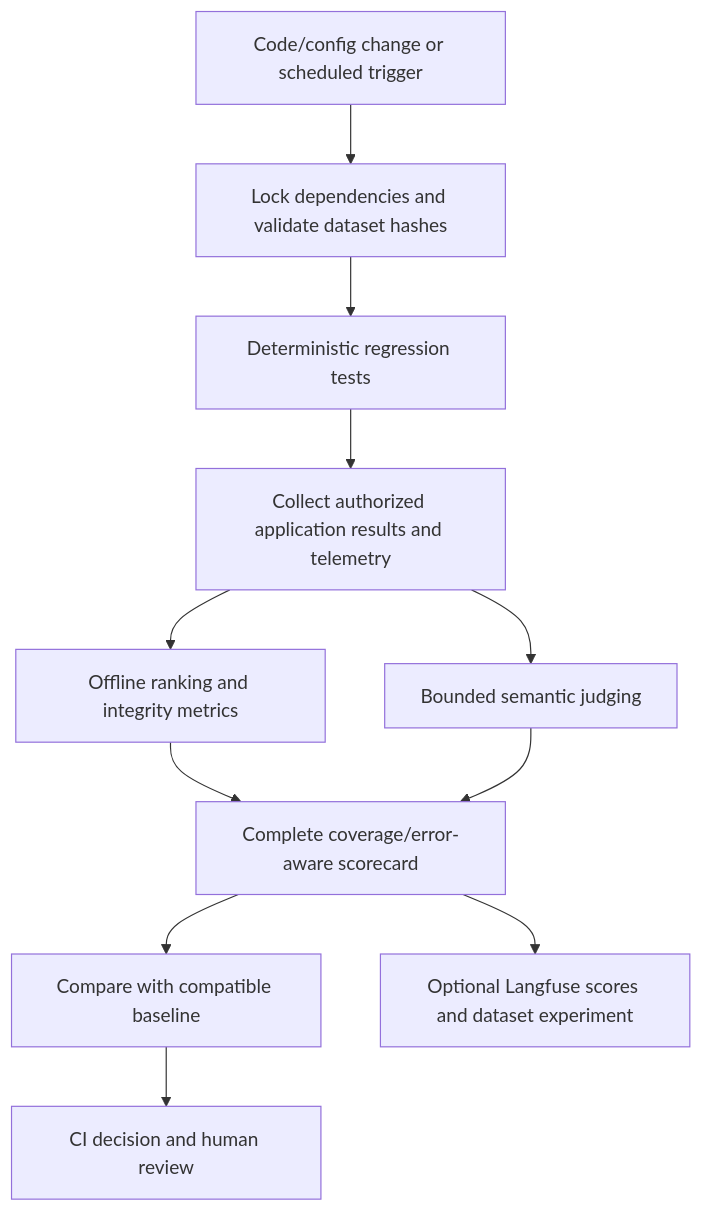
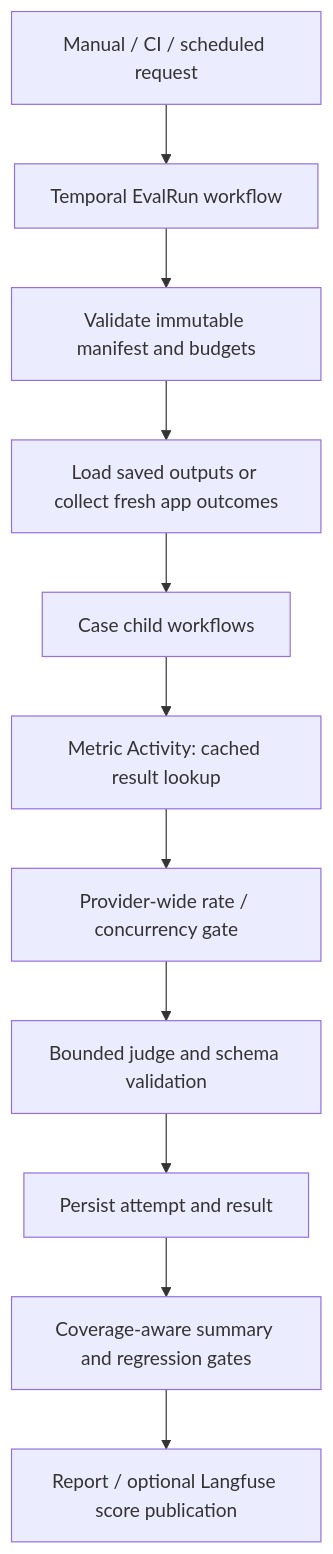
Before and after one commit to shivshankarkeshari/opzen-assignment: the first of 2 diagrams in docs/evaluation-automation-plan.md, drawn with Mermaid. The commit also changed other lines of this file and 33 other files, not shown here.

````diff
--- a/docs/evaluation-automation-plan.md
+++ b/docs/evaluation-automation-plan.md
@@ -73,13 +43,13 @@
 ```mermaid
 flowchart TD
-    A[Code/config change or scheduled trigger] --> B[Lock dependencies and validate dataset hashes]
-    B --> C[Deterministic regression tests]
-    C --> D[Collect authorized application results and telemetry]
-    D --> E[Offline ranking and integrity metrics]
-    D --> F[Bounded semantic judging]
-    E --> G[Complete coverage/error-aware scorecard]
-    F --> G
-    G --> H[Compare with compatible baseline]
-    H --> I[CI decision and human review]
-    G --> J[Optional Langfuse scores and dataset experiment]
+    A[Manual / CI / scheduled request] --> B[Temporal EvalRun workflow]
+    B --> C[Validate immutable manifest and budgets]
+    C --> D[Load saved outputs or collect fresh app outcomes]
+    D --> E[Case child workflows]
+    E --> F[Metric Activity: cached result lookup]
+    F --> G[Provider-wide rate / concurrency gate]
+    G --> H[Bounded judge and schema validation]
+    H --> I[Persist attempt and result]
+    I --> J[Coverage-aware summary and regression gates]
+    J --> K[Report / optional Langfuse score publication]
 ```
````
